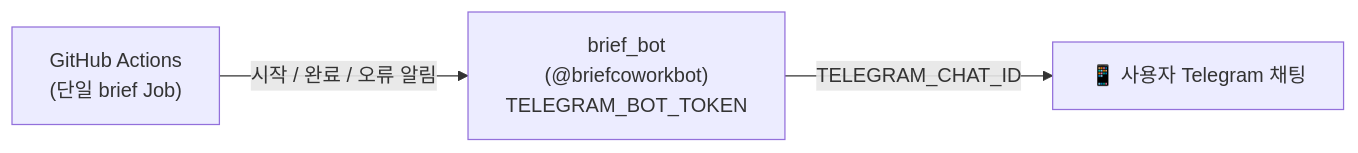
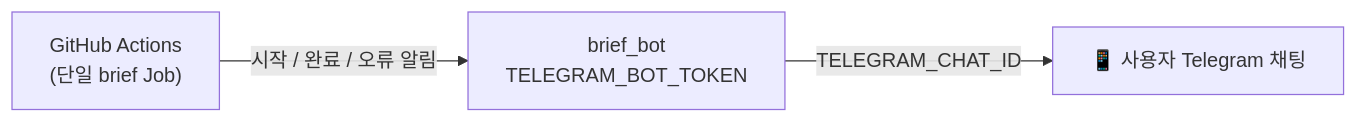
One commit to pyorocop-lang/ibk-FSS-brief changed the second of 3 diagrams in docs/ARCHITECTURE.md. Above: the diagram before and after it, drawn with Mermaid. The commit also changed other lines of this file and 23 other files, not shown here.

````diff
--- a/docs/ARCHITECTURE.md
+++ b/docs/ARCHITECTURE.md
@@ -121,5 +142,5 @@
 ```mermaid
 flowchart LR
-    GA["GitHub Actions\n(단일 brief Job)"] -->|"시작 / 완료 / 오류 알림"| BOT["brief_bot\n(@briefcoworkbot)\nTELEGRAM_BOT_TOKEN"]
+    GA["GitHub Actions\n(단일 brief Job)"] -->|"시작 / 완료 / 오류 알림"| BOT["brief_bot\nTELEGRAM_BOT_TOKEN"]
     BOT -->|"TELEGRAM_CHAT_ID"| USER["📱 사용자 Telegram 채팅"]
 ```
````
